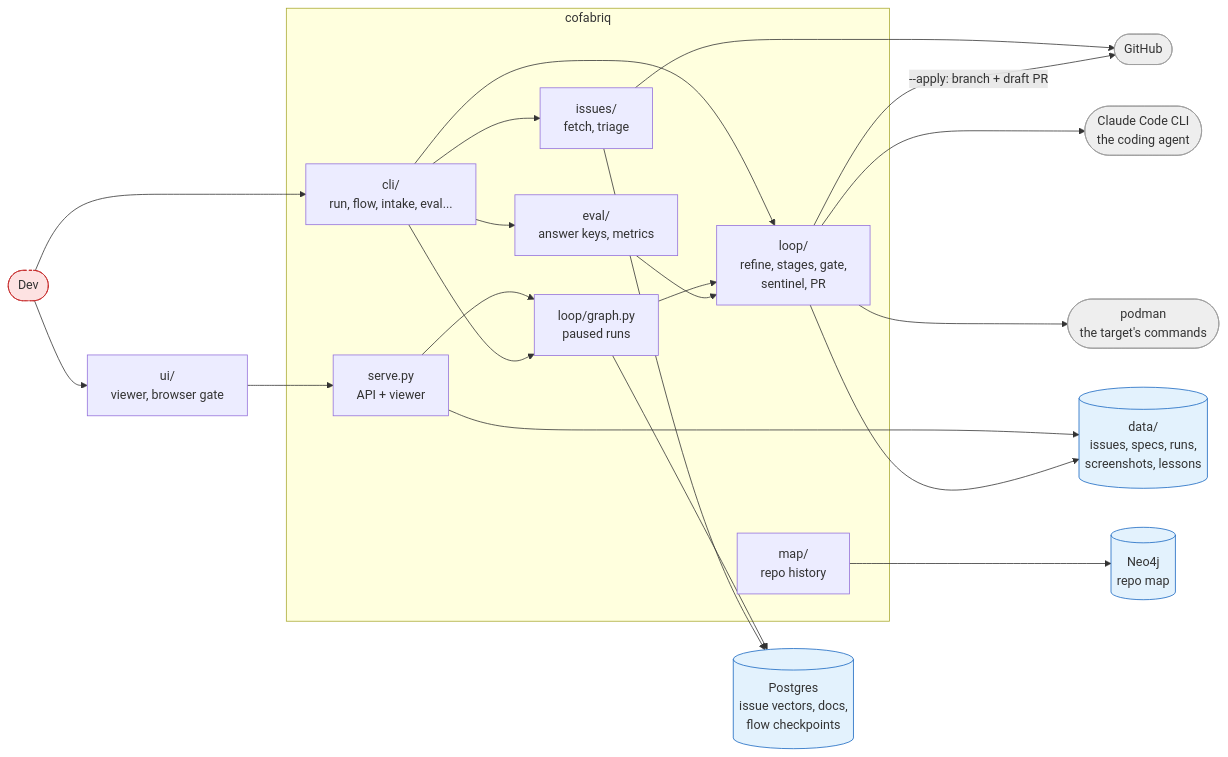
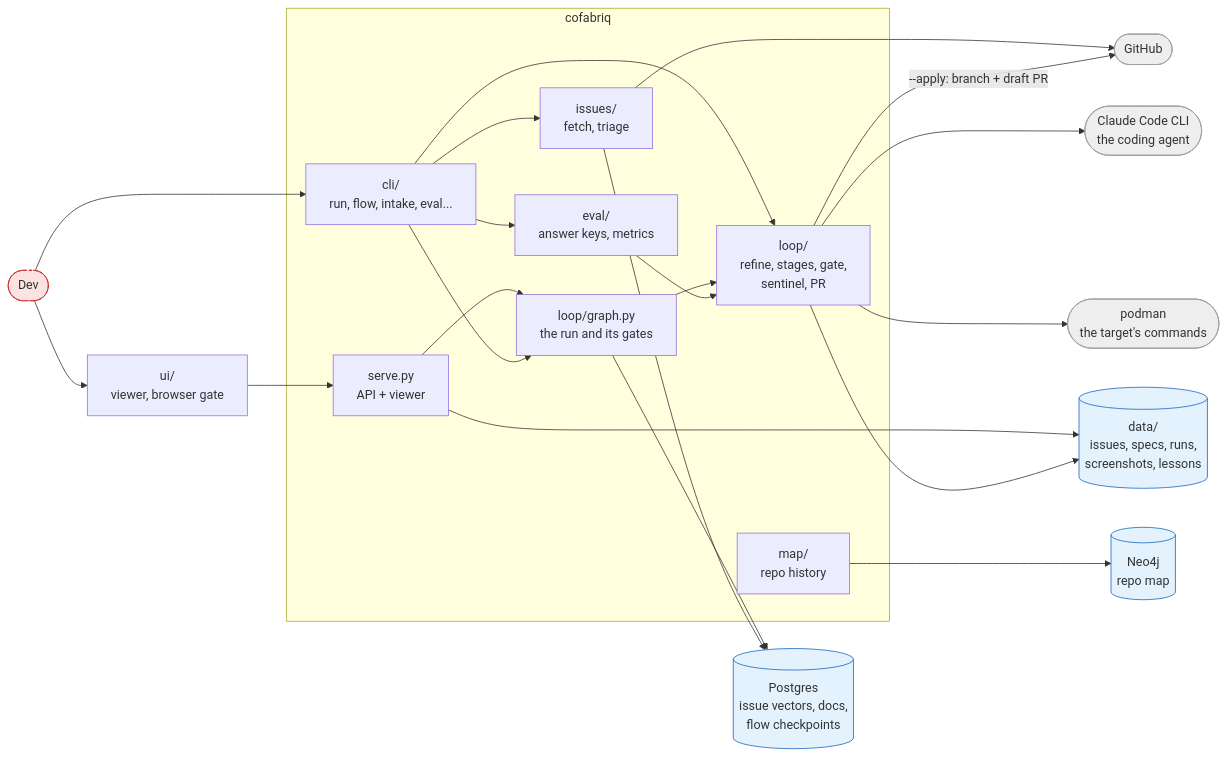
Before and after one commit to philippmossier/cofabriq: the first of 6 diagrams in docs/architecture.md, drawn with Mermaid. The commit also changed other lines of this file and 8 other files, not shown here.

````diff
--- a/docs/architecture.md
+++ b/docs/architecture.md
@@ -63,47 +63,47 @@
 ```mermaid
 graph LR
     classDef ext fill:#eeeeee,stroke:#9e9e9e
     classDef store fill:#e3f2fd,stroke:#1565c0
     classDef human fill:#fde2e2,stroke:#c62828,stroke-dasharray: 4 3
 
     DEV(["Dev"]):::human
     GH(["GitHub"]):::ext
     CC(["Claude Code CLI<br/>the coding agent"]):::ext
     PODMAN(["podman<br/>the target's commands"]):::ext
 
     subgraph cofabriq
         CLI["cli/<br/>run, flow, intake, eval..."]
         SERVE["serve.py<br/>API + viewer"]
         ISSUES["issues/<br/>fetch, triage"]
         MAP["map/<br/>repo history"]
         LOOP["loop/<br/>refine, stages, gate,<br/>sentinel, PR"]
-        GRAPH["loop/graph.py<br/>paused runs"]
+        GRAPH["loop/graph.py<br/>the run and its gates"]
         EVAL["eval/<br/>answer keys, metrics"]
     end
 
     UI["ui/<br/>viewer, browser gate"]
 
     PG[("Postgres<br/>issue vectors, docs,<br/>flow checkpoints")]:::store
     NEO[("Neo4j<br/>repo map")]:::store
     DATA[("data/<br/>issues, specs, runs,<br/>screenshots, lessons")]:::store
 
     DEV --> CLI
     DEV --> UI
     UI --> SERVE
     SERVE --> DATA
     SERVE --> GRAPH
     CLI --> ISSUES
     CLI --> LOOP
     CLI --> GRAPH
     CLI --> EVAL
     GRAPH --> LOOP
     GRAPH --> PG
     ISSUES --> GH
     ISSUES --> PG
     MAP --> NEO
     LOOP --> CC
     LOOP --> PODMAN
     LOOP --> DATA
     LOOP -- "--apply: branch + draft PR" --> GH
     EVAL --> LOOP
 ```
````
